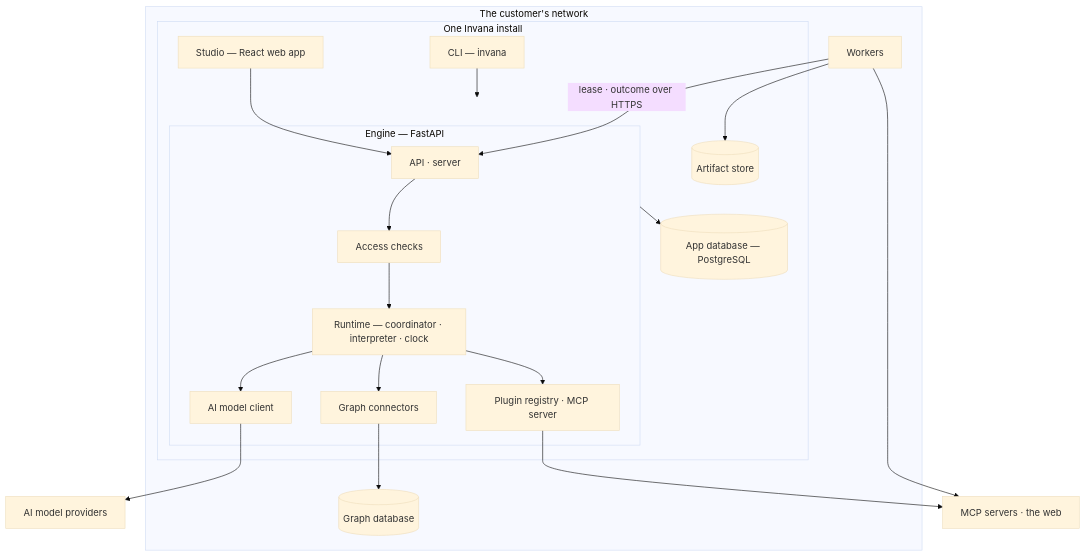
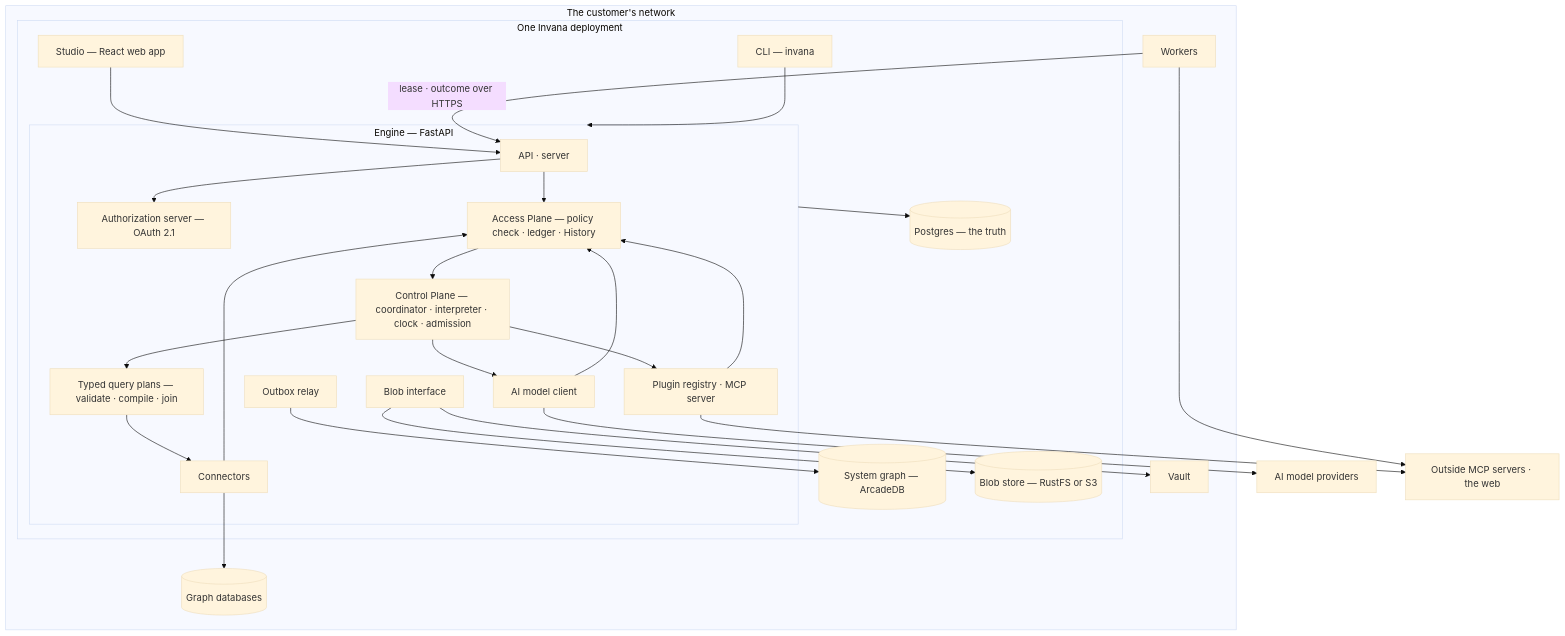
One commit to invana/invana changed the second of 3 diagrams in specs/system-design.md. Above: the diagram before and after it, drawn with Mermaid (base theme). The commit also changed other lines of this file and 522 other files, not shown here.

First line of the commit message:
feat(specs): specs-planes — Access, Control, Agents, Evidence and Ontology planes

````diff
--- a/specs/system-design.md
+++ b/specs/system-design.md
@@ -172,33 +201,43 @@
 ```mermaid
 flowchart TB
   subgraph Customer[The customer's network]
-    subgraph Install[One Invana install]
+    subgraph Deployment[One Invana deployment]
       S[Studio — React web app]
       CLI[CLI — invana]
       subgraph Engine[Engine — FastAPI]
         API[API · server]
-        RTM[Runtime — coordinator · interpreter · clock]
-        AC[Access checks]
+        AS[Authorization server — OAuth 2.1]
+        CP[Control Plane — coordinator · interpreter · clock · admission]
+        AC[Access Plane — policy check · ledger · History]
+        QP[Typed query plans — validate · compile · join]
         GW[AI model client]
-        CN[Graph connectors]
+        CN[Connectors]
         PL[Plugin registry · MCP server]
+        BL[Blob interface]
+        OB[Outbox relay]
       end
-      DB[(App database — PostgreSQL)]
-      AS[(Artifact store)]
+      DB[(Postgres — the truth)]
+      SG[(System graph — ArcadeDB)]
+      FS[(Blob store — RustFS or S3)]
     end
     WK[Workers]
-    GDB[(Graph database)]
+    GDB[(Graph databases)]
+    VT[Vault]
   end
   LLM[AI model providers]
-  MCP[MCP servers · the web]
+  MCP[Outside MCP servers · the web]
   S --> API
   CLI --> Engine
-  API --> AC --> RTM
-  RTM --> GW --> LLM
-  RTM --> CN --> GDB
-  RTM --> PL --> MCP
+  API --> AS
+  API --> AC --> CP
+  CP --> QP --> CN --> GDB
+  CP --> GW --> LLM
+  CP --> PL --> MCP
+  GW & CN & PL --> AC
   Engine --> DB
+  OB --> SG
+  BL --> FS
+  BL --> VT
   WK -->|lease · outcome over HTTPS| API
   WK --> MCP
-  WK --> AS
 ```
````
